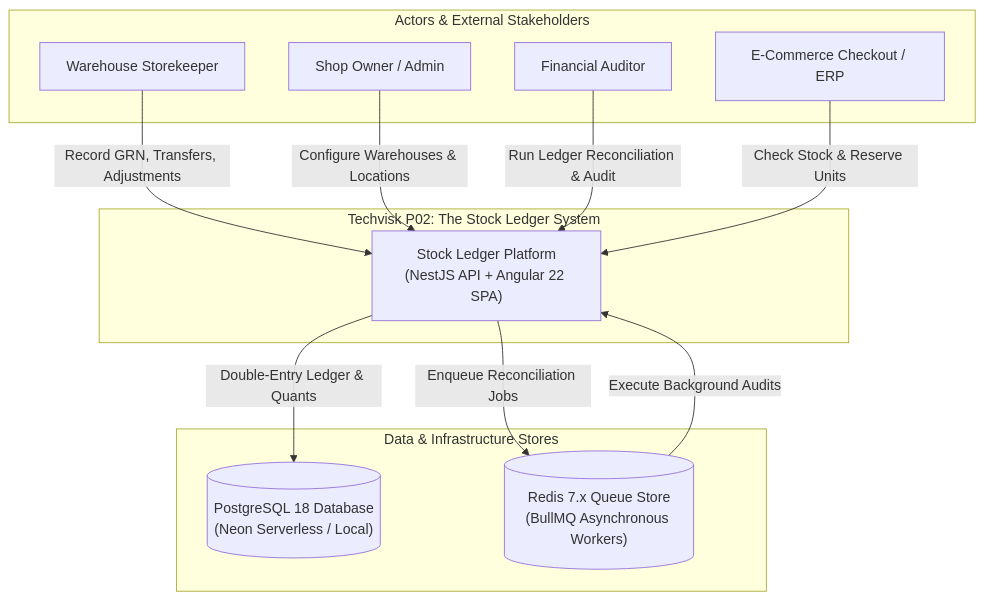
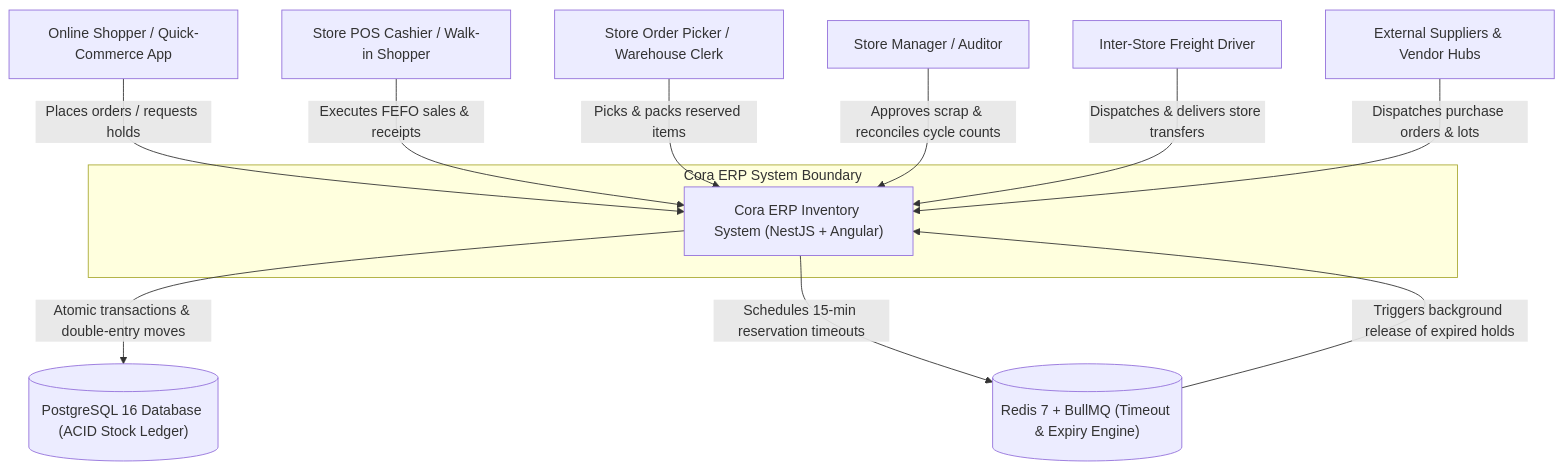
The first of 13 diagrams in docs/04-diagrams.md (pjkorba1256-cmd/stock_ledger), drawn with Mermaid before and after one commit. The commit also changed other lines of this file and 35 other files, not shown here.

Commit message:
feat(p03): complete Techvisk P03 Inventory II implementation with lots, reservations, transfers, counts, and deliverables

````diff
--- a/docs/04-diagrams.md
+++ b/docs/04-diagrams.md
@@ -9,27 +9,27 @@
 ```mermaid
 flowchart TD
-    subgraph Users ["Actors & External Stakeholders"]
-        OPERATOR["Warehouse Storekeeper"]
-        ADMIN["Shop Owner / Admin"]
-        AUDITOR["Financial Auditor"]
-        COMMERCE["E-Commerce Checkout / ERP"]
+    Customer["Online Shopper / Quick-Commerce App"]
+    POSCashier["Store POS Cashier / Walk-in Shopper"]
+    StorePicker["Store Order Picker / Warehouse Clerk"]
+    StoreManager["Store Manager / Auditor"]
+    LogisticsDriver["Inter-Store Freight Driver"]
+
+    subgraph CoraERP["Cora ERP System Boundary"]
+        InventoryApp["Cora ERP Inventory System (NestJS + Angular)"]
     end
 
-    subgraph SystemBoundary ["Techvisk P02: The Stock Ledger System"]
-        STOCK_LEDGER["Stock Ledger Platform\n(NestJS API + Angular 22 SPA)"]
-    end
+    PostgreSQL[("PostgreSQL 16 Database (ACID Stock Ledger)")]
+    RedisQueue[("Redis 7 + BullMQ (Timeout & Expiry Engine)")]
+    SupplierOrg["External Suppliers & Vendor Hubs"]
 
-    subgraph ExternalServices ["Data & Infrastructure Stores"]
-        POSTGRES[("PostgreSQL 18 Database\n(Neon Serverless / Local)")]
-        REDIS[("Redis 7.x Queue Store\n(BullMQ Asynchronous Workers)")]
-    end
+    Customer -->|"Places orders / requests holds"| InventoryApp
+    POSCashier -->|"Executes FEFO sales & receipts"| InventoryApp
+    StorePicker -->|"Picks & packs reserved items"| InventoryApp
+    StoreManager -->|"Approves scrap & reconciles cycle counts"| InventoryApp
+    LogisticsDriver -->|"Dispatches & delivers store transfers"| InventoryApp
 
-    OPERATOR -->|"Record GRN, Transfers, Adjustments"| STOCK_LEDGER
-    ADMIN -->|"Configure Warehouses & Locations"| STOCK_LEDGER
-    AUDITOR -->|"Run Ledger Reconciliation & Audit"| STOCK_LEDGER
-    COMMERCE -->|"Check Stock & Reserve Units"| STOCK_LEDGER
-
-    STOCK_LEDGER -->|"Double-Entry Ledger & Quants"| POSTGRES
-    STOCK_LEDGER -->|"Enqueue Reconciliation Jobs"| REDIS
-    REDIS -->|"Execute Background Audits"| STOCK_LEDGER
+    InventoryApp -->|"Atomic transactions & double-entry moves"| PostgreSQL
+    InventoryApp -->|"Schedules 15-min reservation timeouts"| RedisQueue
+    RedisQueue -->|"Triggers background release of expired holds"| InventoryApp
+    SupplierOrg -->|"Dispatches purchase orders & lots"| InventoryApp
 ```
````
